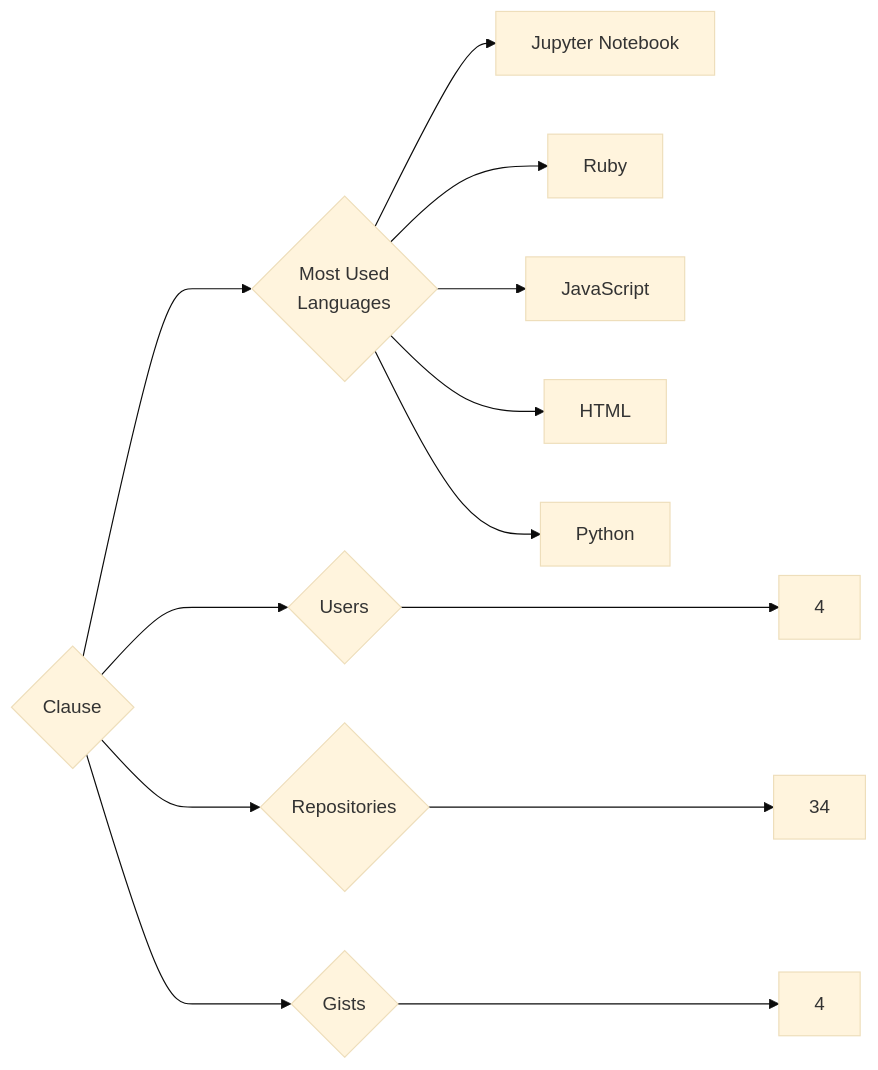
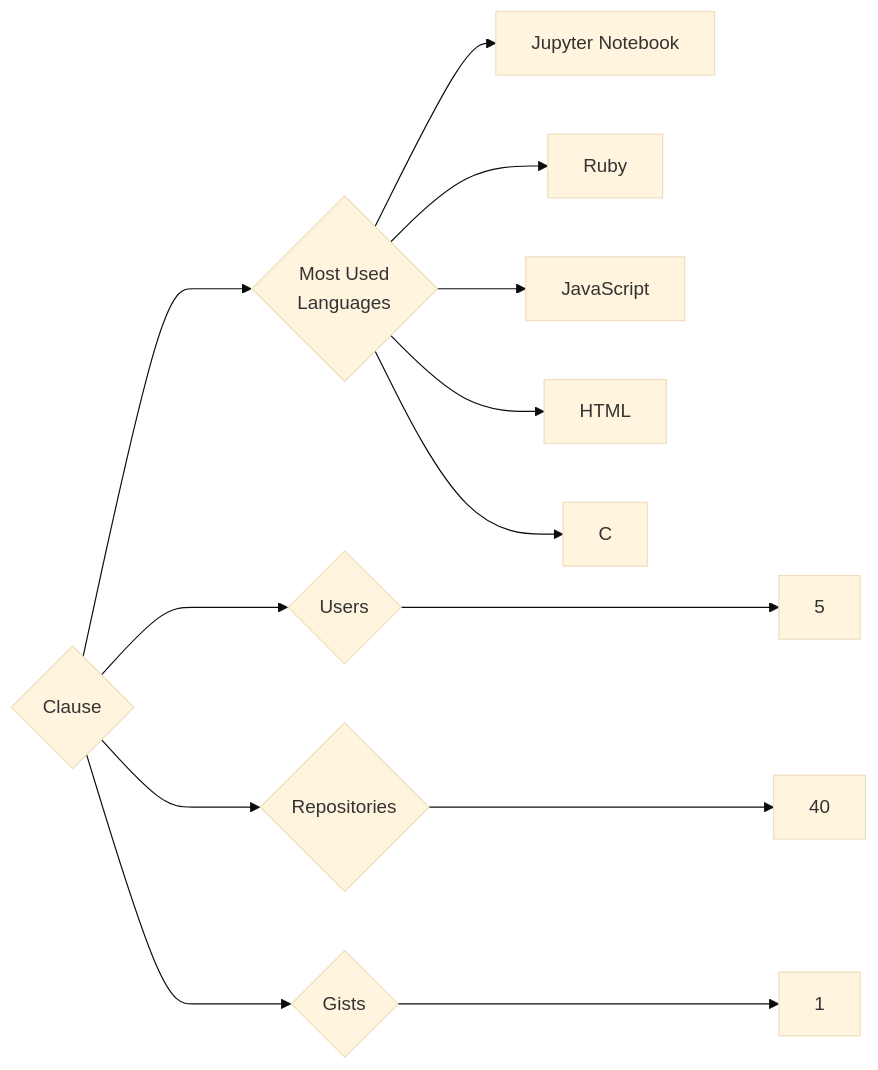
Before and after one commit to trickest/insiders: the diagram in targets/Clause/README.md, drawn with Mermaid (base theme). The commit also changed 1020 other files, not shown here.

````diff
--- a/targets/Clause/README.md
+++ b/targets/Clause/README.md
@@ -3,13 +3,13 @@
 ```mermaid
 graph LR
 COMPANY_NAME{Clause}
-COMPANY_NAME ---> U{Users} ---> UN[4]
-COMPANY_NAME ---> R{Repositories} ---> RN[34]
-COMPANY_NAME ---> G{Gists} ---> GN[4]
+COMPANY_NAME ---> U{Users} ---> UN[5]
+COMPANY_NAME ---> R{Repositories} ---> RN[40]
+COMPANY_NAME ---> G{Gists} ---> GN[1]
 COMPANY_NAME ---> ML{Most Used<br>Languages}
 ML --> Jupyter_Notebook[Jupyter Notebook]
 ML --> Ruby[Ruby]
 ML --> JavaScript[JavaScript]
 ML --> HTML[HTML]
-ML --> Python[Python]
+ML --> C[C]
 ```
````
